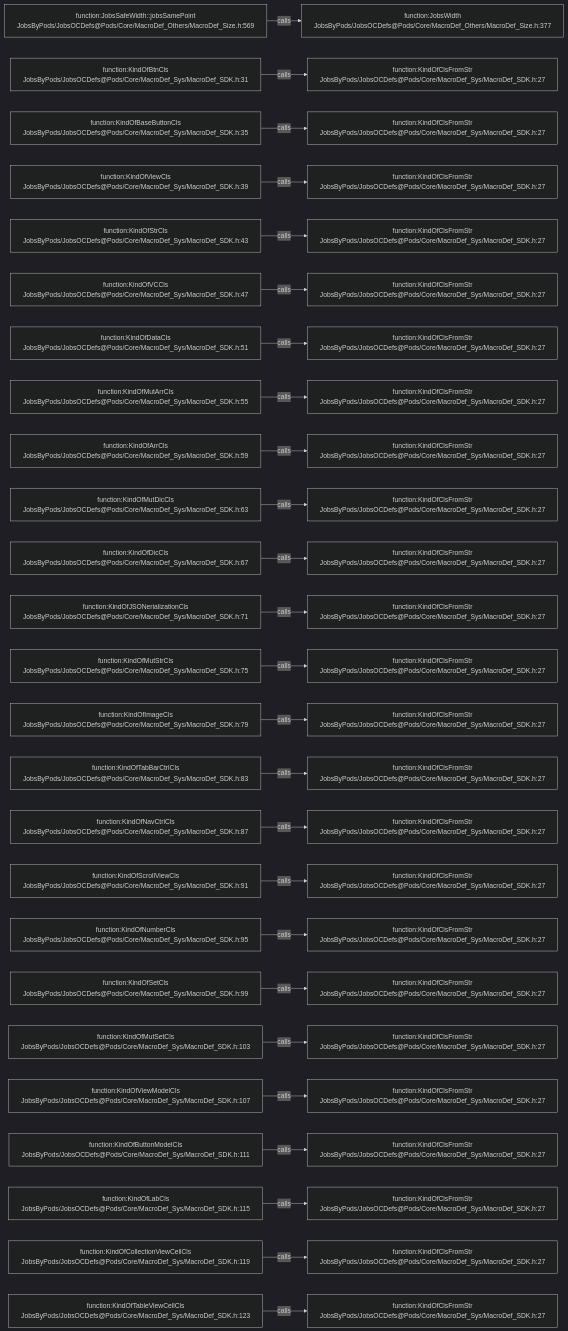
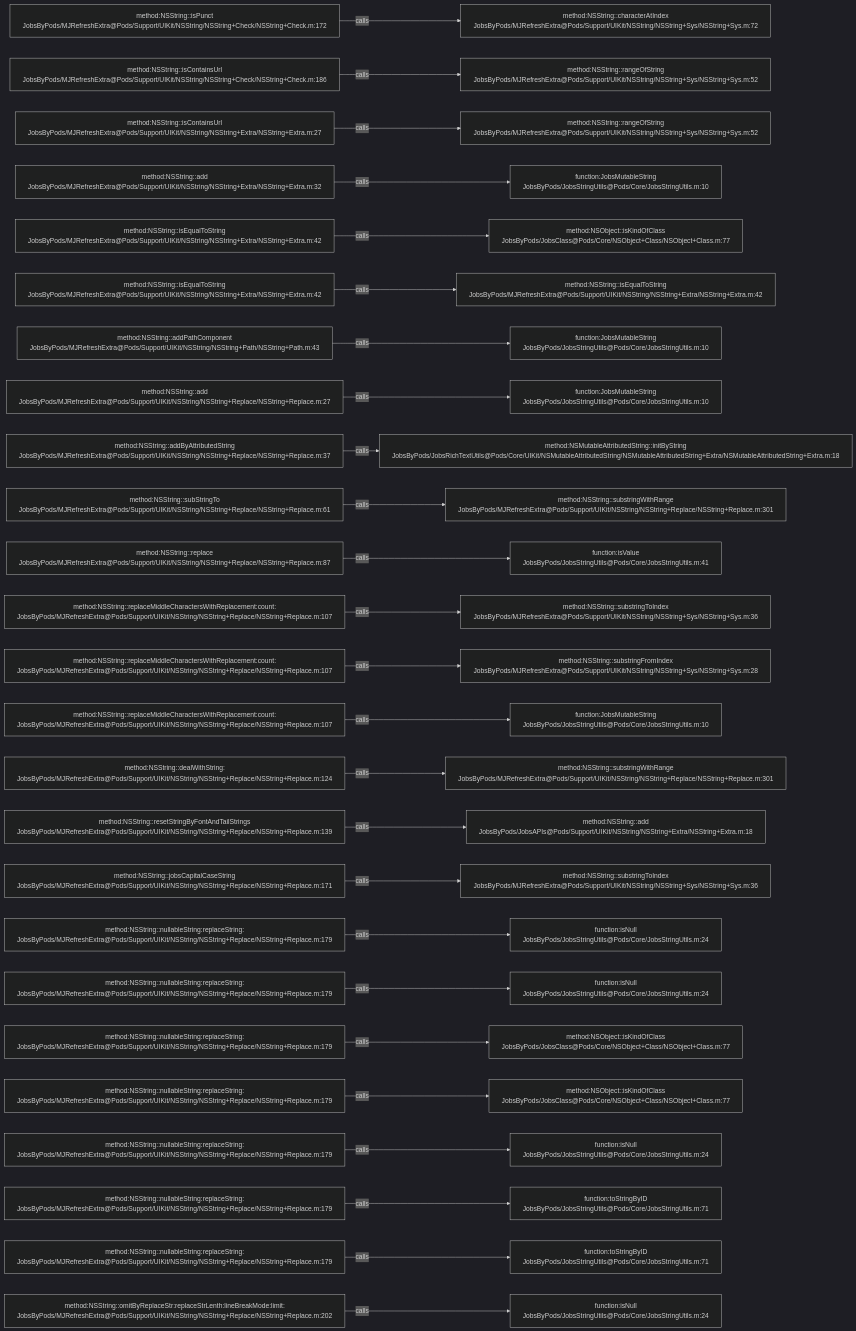
Before and after one commit to JobsKits/JobsOCBaseConfigDemo: the diagram in .codegraph/codegraph.md/graphs/calls-178.md, drawn with Mermaid (dark theme). The commit also changed 1026 other files, not shown here.

````diff
--- a/.codegraph/codegraph.md/graphs/calls-178.md
+++ b/.codegraph/codegraph.md/graphs/calls-178.md
@@ -13,78 +13,78 @@
 ```mermaid
 flowchart LR
-  S1["function:JobsSafeWidth::jobsSamePoint<br/>JobsByPods/JobsOCDefs@Pods/Core/MacroDef_Others/MacroDef_Size.h:569"]
-  T1["function:JobsWidth<br/>JobsByPods/JobsOCDefs@Pods/Core/MacroDef_Others/MacroDef_Size.h:377"]
+  S1["method:NSString::isPunct<br/>JobsByPods/MJRefreshExtra@Pods/Support/UIKit/NSString/NSString+Check/NSString+Check.m:172"]
+  T1["method:NSString::characterAtIndex<br/>JobsByPods/MJRefreshExtra@Pods/Support/UIKit/NSString/NSString+Sys/NSString+Sys.m:72"]
   S1 -->|calls| T1
-  S2["function:KindOfBtnCls<br/>JobsByPods/JobsOCDefs@Pods/Core/MacroDef_Sys/MacroDef_SDK.h:31"]
-  T2["function:KindOfClsFromStr<br/>JobsByPods/JobsOCDefs@Pods/Core/MacroDef_Sys/MacroDef_SDK.h:27"]
+  S2["method:NSString::isContainsUrl<br/>JobsByPods/MJRefreshExtra@Pods/Support/UIKit/NSString/NSString+Check/NSString+Check.m:186"]
+  T2["method:NSString::rangeOfString<br/>JobsByPods/MJRefreshExtra@Pods/Support/UIKit/NSString/NSString+Sys/NSString+Sys.m:52"]
   S2 -->|calls| T2
-  S3["function:KindOfBaseButtonCls<br/>JobsByPods/JobsOCDefs@Pods/Core/MacroDef_Sys/MacroDef_SDK.h:35"]
-  T3["function:KindOfClsFromStr<br/>JobsByPods/JobsOCDefs@Pods/Core/MacroDef_Sys/MacroDef_SDK.h:27"]
+  S3["method:NSString::isContainsUrl<br/>JobsByPods/MJRefreshExtra@Pods/Support/UIKit/NSString/NSString+Extra/NSString+Extra.m:27"]
+  T3["method:NSString::rangeOfString<br/>JobsByPods/MJRefreshExtra@Pods/Support/UIKit/NSString/NSString+Sys/NSString+Sys.m:52"]
   S3 -->|calls| T3
-  S4["function:KindOfViewCls<br/>JobsByPods/JobsOCDefs@Pods/Core/MacroDef_Sys/MacroDef_SDK.h:39"]
-  T4["function:KindOfClsFromStr<br/>JobsByPods/JobsOCDefs@Pods/Core/MacroDef_Sys/MacroDef_SDK.h:27"]
+  S4["method:NSString::add<br/>JobsByPods/MJRefreshExtra@Pods/Support/UIKit/NSString/NSString+Extra/NSString+Extra.m:32"]
+  T4["function:JobsMutableString<br/>JobsByPods/JobsStringUtils@Pods/Core/JobsStringUtils.m:10"]
   S4 -->|calls| T4
-  S5["function:KindOfStrCls<br/>JobsByPods/JobsOCDefs@Pods/Core/MacroDef_Sys/MacroDef_SDK.h:43"]
-  T5["function:KindOfClsFromStr<br/>JobsByPods/JobsOCDefs@Pods/Core/MacroDef_Sys/MacroDef_SDK.h:27"]
+  S5["method:NSString::isEqualToString<br/>JobsByPods/MJRefreshExtra@Pods/Support/UIKit/NSString/NSString+Extra/NSString+Extra.m:42"]
+  T5["method:NSObject::isKindOfClass<br/>JobsByPods/JobsClass@Pods/Core/NSObject+Class/NSObject+Class.m:77"]
   S5 -->|calls| T5
-  S6["function:KindOfVCCls<br/>JobsByPods/JobsOCDefs@Pods/Core/MacroDef_Sys/MacroDef_SDK.h:47"]
-  T6["function:KindOfClsFromStr<br/>JobsByPods/JobsOCDefs@Pods/Core/MacroDef_Sys/MacroDef_SDK.h:27"]
+  S6["method:NSString::isEqualToString<br/>JobsByPods/MJRefreshExtra@Pods/Support/UIKit/NSString/NSString+Extra/NSString+Extra.m:42"]
+  T6["method:NSString::isEqualToString<br/>JobsByPods/MJRefreshExtra@Pods/Support/UIKit/NSString/NSString+Extra/NSString+Extra.m:42"]
   S6 -->|calls| T6
-  S7["function:KindOfDataCls<br/>JobsByPods/JobsOCDefs@Pods/Core/MacroDef_Sys/MacroDef_SDK.h:51"]
-  T7["function:KindOfClsFromStr<br/>JobsByPods/JobsOCDefs@Pods/Core/MacroDef_Sys/MacroDef_SDK.h:27"]
+  S7["method:NSString::addPathComponent<br/>JobsByPods/MJRefreshExtra@Pods/Support/UIKit/NSString/NSString+Path/NSString+Path.m:43"]
+  T7["function:JobsMutableString<br/>JobsByPods/JobsStringUtils@Pods/Core/JobsStringUtils.m:10"]
   S7 -->|calls| T7
-  S8["function:KindOfMutArrCls<br/>JobsByPods/JobsOCDefs@Pods/Core/MacroDef_Sys/MacroDef_SDK.h:55"]
-  T8["function:KindOfClsFromStr<br/>JobsByPods/JobsOCDefs@Pods/Core/MacroDef_Sys/MacroDef_SDK.h:27"]
+  S8["method:NSString::add<br/>JobsByPods/MJRefreshExtra@Pods/Support/UIKit/NSString/NSString+Replace/NSString+Replace.m:27"]
+  T8["function:JobsMutableString<br/>JobsByPods/JobsStringUtils@Pods/Core/JobsStringUtils.m:10"]
   S8 -->|calls| T8
-  S9["function:KindOfArrCls<br/>JobsByPods/JobsOCDefs@Pods/Core/MacroDef_Sys/MacroDef_SDK.h:59"]
-  T9["function:KindOfClsFromStr<br/>JobsByPods/JobsOCDefs@Pods/Core/MacroDef_Sys/MacroDef_SDK.h:27"]
+  S9["method:NSString::addByAttributedString<br/>JobsByPods/MJRefreshExtra@Pods/Support/UIKit/NSString/NSString+Replace/NSString+Replace.m:37"]
+  T9["method:NSMutableAttributedString::initByString<br/>JobsByPods/JobsRichTextUtils@Pods/Core/UIKit/NSMutableAttributedString/NSMutableAttributedString+Extra/NSMutableAttributedString+Extra.m:18"]
   S9 -->|calls| T9
-  S10["function:KindOfMutDicCls<br/>JobsByPods/JobsOCDefs@Pods/Core/MacroDef_Sys/MacroDef_SDK.h:63"]
-  T10["function:KindOfClsFromStr<br/>JobsByPods/JobsOCDefs@Pods/Core/MacroDef_Sys/MacroDef_SDK.h:27"]
+  S10["method:NSString::subStringTo<br/>JobsByPods/MJRefreshExtra@Pods/Support/UIKit/NSString/NSString+Replace/NSString+Replace.m:61"]
+  T10["method:NSString::substringWithRange<br/>JobsByPods/MJRefreshExtra@Pods/Support/UIKit/NSString/NSString+Replace/NSString+Replace.m:301"]
   S10 -->|calls| T10
-  S11["function:KindOfDicCls<br/>JobsByPods/JobsOCDefs@Pods/Core/MacroDef_Sys/MacroDef_SDK.h:67"]
-  T11["function:KindOfClsFromStr<br/>JobsByPods/JobsOCDefs@Pods/Core/MacroDef_Sys/MacroDef_SDK.h:27"]
+  S11["method:NSString::replace<br/>JobsByPods/MJRefreshExtra@Pods/Support/UIKit/NSString/NSString+Replace/NSString+Replace.m:87"]
+  T11["function:isValue<br/>JobsByPods/JobsStringUtils@Pods/Core/JobsStringUtils.m:41"]
   S11 -->|calls| T11
-  S12["function:KindOfJSONerializationCls<br/>JobsByPods/JobsOCDefs@Pods/Core/MacroDef_Sys/MacroDef_SDK.h:71"]
-  T12["function:KindOfClsFromStr<br/>JobsByPods/JobsOCDefs@Pods/Core/MacroDef_Sys/MacroDef_SDK.h:27"]
+  S12["method:NSString::replaceMiddleCharactersWithReplacement:count:<br/>JobsByPods/MJRefreshExtra@Pods/Support/UIKit/NSString/NSString+Replace/NSString+Replace.m:107"]
+  T12["method:NSString::substringToIndex<br/>JobsByPods/MJRefreshExtra@Pods/Support/UIKit/NSString/NSString+Sys/NSString+Sys.m:36"]
   S12 -->|calls| T12
-  S13["function:KindOfMutStrCls<br/>JobsByPods/JobsOCDefs@Pods/Core/MacroDef_Sys/MacroDef_SDK.h:75"]
-  T13["function:KindOfClsFromStr<br/>JobsByPods/JobsOCDefs@Pods/Core/MacroDef_Sys/MacroDef_SDK.h:27"]
+  S13["method:NSString::replaceMiddleCharactersWithReplacement:count:<br/>JobsByPods/MJRefreshExtra@Pods/Support/UIKit/NSString/NSString+Replace/NSString+Replace.m:107"]
+  T13["method:NSString::substringFromIndex<br/>JobsByPods/MJRefreshExtra@Pods/Support/UIKit/NSString/NSString+Sys/NSString+Sys.m:28"]
   S13 -->|calls| T13
-  S14["function:KindOfImageCls<br/>JobsByPods/JobsOCDefs@Pods/Core/MacroDef_Sys/MacroDef_SDK.h:79"]
-  T14["function:KindOfClsFromStr<br/>JobsByPods/JobsOCDefs@Pods/Core/MacroDef_Sys/MacroDef_SDK.h:27"]
+  S14["method:NSString::replaceMiddleCharactersWithReplacement:count:<br/>JobsByPods/MJRefreshExtra@Pods/Support/UIKit/NSString/NSString+Replace/NSString+Replace.m:107"]
+  T14["function:JobsMutableString<br/>JobsByPods/JobsStringUtils@Pods/Core/JobsStringUtils.m:10"]
   S14 -->|calls| T14
-  S15["function:KindOfTabBarCtrlCls<br/>JobsByPods/JobsOCDefs@Pods/Core/MacroDef_Sys/MacroDef_SDK.h:83"]
-  T15["function:KindOfClsFromStr<br/>JobsByPods/JobsOCDefs@Pods/Core/MacroDef_Sys/MacroDef_SDK.h:27"]
+  S15["method:NSString::dealWithString:<br/>JobsByPods/MJRefreshExtra@Pods/Support/UIKit/NSString/NSString+Replace/NSString+Replace.m:124"]
+  T15["method:NSString::substringWithRange<br/>JobsByPods/MJRefreshExtra@Pods/Support/UIKit/NSString/NSString+Replace/NSString+Replace.m:301"]
   S15 -->|calls| T15
-  S16["function:KindOfNavCtrlCls<br/>JobsByPods/JobsOCDefs@Pods/Core/MacroDef_Sys/MacroDef_SDK.h:87"]
-  T16["function:KindOfClsFromStr<br/>JobsByPods/JobsOCDefs@Pods/Core/MacroDef_Sys/MacroDef_SDK.h:27"]
+  S16["method:NSString::resetStringByFontAndTailStrings<br/>JobsByPods/MJRefreshExtra@Pods/Support/UIKit/NSString/NSString+Replace/NSString+Replace.m:139"]
+  T16["method:NSString::add<br/>JobsByPods/JobsAPIs@Pods/Support/UIKit/NSString/NSString+Extra/NSString+Extra.m:18"]
   S16 -->|calls| T16
-  S17["function:KindOfScrollViewCls<br/>JobsByPods/JobsOCDefs@Pods/Core/MacroDef_Sys/MacroDef_SDK.h:91"]
-  T17["function:KindOfClsFromStr<br/>JobsByPods/JobsOCDefs@Pods/Core/MacroDef_Sys/MacroDef_SDK.h:27"]
+  S17["method:NSString::jobsCapitalCaseString<br/>JobsByPods/MJRefreshExtra@Pods/Support/UIKit/NSString/NSString+Replace/NSString+Replace.m:171"]
+  T17["method:NSString::substringToIndex<br/>JobsByPods/MJRefreshExtra@Pods/Support/UIKit/NSString/NSString+Sys/NSString+Sys.m:36"]
   S17 -->|calls| T17
-  S18["function:KindOfNumberCls<br/>JobsByPods/JobsOCDefs@Pods/Core/MacroDef_Sys/MacroDef_SDK.h:95"]
-  T18["function:KindOfClsFromStr<br/>JobsByPods/JobsOCDefs@Pods/Core/MacroDef_Sys/MacroDef_SDK.h:27"]
+  S18["method:NSString::nullableString:replaceString:<br/>JobsByPods/MJRefreshExtra@Pods/Support/UIKit/NSString/NSString+Replace/NSString+Replace.m:179"]
+  T18["function:isNull<br/>JobsByPods/JobsStringUtils@Pods/Core/JobsStringUtils.m:24"]
   S18 -->|calls| T18
-  S19["function:KindOfSetCls<br/>JobsByPods/JobsOCDefs@Pods/Core/MacroDef_Sys/MacroDef_SDK.h:99"]
-  T19["function:KindOfClsFromStr<br/>JobsByPods/JobsOCDefs@Pods/Core/MacroDef_Sys/MacroDef_SDK.h:27"]
+  S19["method:NSString::nullableString:replaceString:<br/>JobsByPods/MJRefreshExtra@Pods/Support/UIKit/NSString/NSString+Replace/NSString+Replace.m:179"]
+  T19["function:isNull<br/>JobsByPods/JobsStringUtils@Pods/Core/JobsStringUtils.m:24"]
   S19 -->|calls| T19
-  S20["function:KindOfMutSetCls<br/>JobsByPods/JobsOCDefs@Pods/Core/MacroDef_Sys/MacroDef_SDK.h:103"]
-  T20["function:KindOfClsFromStr<br/>JobsByPods/JobsOCDefs@Pods/Core/MacroDef_Sys/MacroDef_SDK.h:27"]
+  S20["method:NSString::nullableString:replaceString:<br/>JobsByPods/MJRefreshExtra@Pods/Support/UIKit/NSString/NSString+Replace/NSString+Replace.m:179"]
+  T20["method:NSObject::isKindOfClass<br/>JobsByPods/JobsClass@Pods/Core/NSObject+Class/NSObject+Class.m:77"]
   S20 -->|calls| T20
-  S21["function:KindOfViewModelCls<br/>JobsByPods/JobsOCDefs@Pods/Core/MacroDef_Sys/MacroDef_SDK.h:107"]
-  T21["function:KindOfClsFromStr<br/>JobsByPods/JobsOCDefs@Pods/Core/MacroDef_Sys/MacroDef_SDK.h:27"]
+  S21["method:NSString::nullableString:replaceString:<br/>JobsByPods/MJRefreshExtra@Pods/Support/UIKit/NSString/NSString+Replace/NSString+Replace.m:179"]
+  T21["method:NSObject::isKindOfClass<br/>JobsByPods/JobsClass@Pods/Core/NSObject+Class/NSObject+Class.m:77"]
   S21 -->|calls| T21
-  S22["function:KindOfButtonModelCls<br/>JobsByPods/JobsOCDefs@Pods/Core/MacroDef_Sys/MacroDef_SDK.h:111"]
-  T22["function:KindOfClsFromStr<br/>JobsByPods/JobsOCDefs@Pods/Core/MacroDef_Sys/MacroDef_SDK.h:27"]
+  S22["method:NSString::nullableString:replaceString:<br/>JobsByPods/MJRefreshExtra@Pods/Support/UIKit/NSString/NSString+Replace/NSString+Replace.m:179"]
+  T22["function:isNull<br/>JobsByPods/JobsStringUtils@Pods/Core/JobsStringUtils.m:24"]
   S22 -->|calls| T22
-  S23["function:KindOfLabCls<br/>JobsByPods/JobsOCDefs@Pods/Core/MacroDef_Sys/MacroDef_SDK.h:115"]
-  T23["function:KindOfClsFromStr<br/>JobsByPods/JobsOCDefs@Pods/Core/MacroDef_Sys/MacroDef_SDK.h:27"]
+  S23["method:NSString::nullableString:replaceString:<br/>JobsByPods/MJRefreshExtra@Pods/Support/UIKit/NSString/NSString+Replace/NSString+Replace.m:179"]
+  T23["function:toStringByID<br/>JobsByPods/JobsStringUtils@Pods/Core/JobsStringUtils.m:71"]
   S23 -->|calls| T23
-  S24["function:KindOfCollectionViewCellCls<br/>JobsByPods/JobsOCDefs@Pods/Core/MacroDef_Sys/MacroDef_SDK.h:119"]
-  T24["function:KindOfClsFromStr<br/>JobsByPods/JobsOCDefs@Pods/Core/MacroDef_Sys/MacroDef_SDK.h:27"]
+  S24["method:NSString::nullableString:replaceString:<br/>JobsByPods/MJRefreshExtra@Pods/Support/UIKit/NSString/NSString+Replace/NSString+Replace.m:179"]
+  T24["function:toStringByID<br/>JobsByPods/JobsStringUtils@Pods/Core/JobsStringUtils.m:71"]
   S24 -->|calls| T24
-  S25["function:KindOfTableViewCellCls<br/>JobsByPods/JobsOCDefs@Pods/Core/MacroDef_Sys/MacroDef_SDK.h:123"]
-  T25["function:KindOfClsFromStr<br/>JobsByPods/JobsOCDefs@Pods/Core/MacroDef_Sys/MacroDef_SDK.h:27"]
+  S25["method:NSString::omitByReplaceStr:replaceStrLenth:lineBreakMode:limit:<br/>JobsByPods/MJRefreshExtra@Pods/Support/UIKit/NSString/NSString+Replace/NSString+Replace.m:202"]
+  T25["function:isNull<br/>JobsByPods/JobsStringUtils@Pods/Core/JobsStringUtils.m:24"]
   S25 -->|calls| T25
 ```
````
